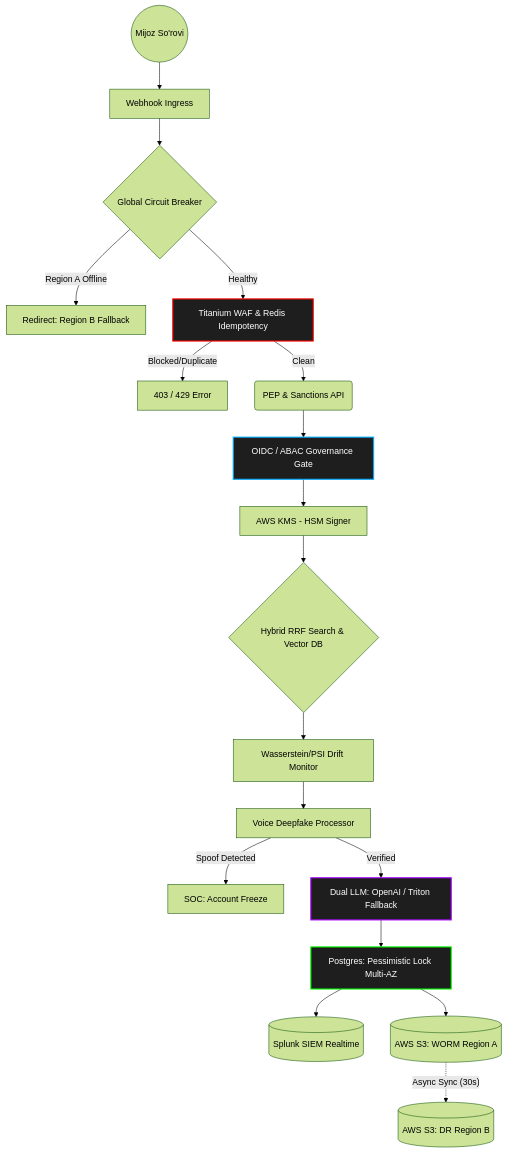
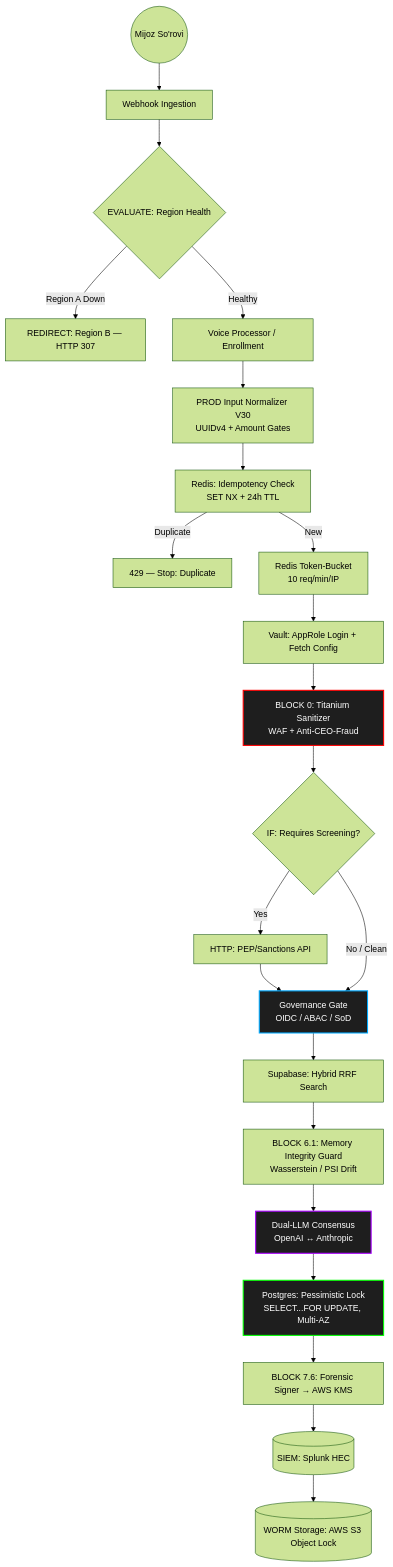
One commit to b12hub/REVENANT_V_30 changed the first of 2 diagrams in README.md. Above: the diagram before and after it, drawn with Mermaid (forest theme). The commit also changed other lines of this file, not shown here.

````diff
--- a/README.md
+++ b/README.md
@@ -69,33 +73,29 @@
 ```mermaid
 graph TD
-    %% Ingress & Firewall
-    Client((Mijoz So'rovi)) --> Ingress[Webhook Ingress]
-    Ingress --> CB{Global Circuit Breaker}
-    CB -- "Region A Offline" --> RegB[Redirect: Region B Fallback]
-    CB -- "Healthy" --> WAF[Titanium WAF & Redis Idempotency]
-    
-    %% Security & Governance
-    WAF -- "Blocked/Duplicate" --> Drop[403 / 429 Error]
-    WAF -- "Clean" --> Sanctions(PEP & Sanctions API)
-    Sanctions --> IAM[OIDC / ABAC Governance Gate]
-    IAM --> KMS[AWS KMS - HSM Signer]
+    Client((Mijoz So'rovi)) --> Ingress[Webhook Ingestion]
+    Ingress --> CB{EVALUATE: Region Health}
+    CB -- "Region A Down" --> RegB[REDIRECT: Region B — HTTP 307]
+    CB -- "Healthy" --> VoiceGate[Voice Processor / Enrollment]
+    VoiceGate --> Norm[PROD Input Normalizer V30\nUUIDv4 + Amount Gates]
+    Norm --> RIdem[Redis: Idempotency Check\nSET NX + 24h TTL]
+    RIdem -- "Duplicate" --> Drop[429 — Stop: Duplicate]
+    RIdem -- "New" --> RateLimit[Redis Token-Bucket\n10 req/min/IP]
+    RateLimit --> Vault[Vault: AppRole Login + Fetch Config]
+    Vault --> Sanitizer[BLOCK 0: Titanium Sanitizer\nWAF + Anti-CEO-Fraud]
+    Sanitizer --> AML{IF: Requires Screening?}
+    AML -- "Yes" --> PEP[HTTP: PEP/Sanctions API]
+    PEP --> Gov[Governance Gate\nOIDC / ABAC / SoD]
+    AML -- "No / Clean" --> Gov
+    Gov --> RAG[Supabase: Hybrid RRF Search]
+    RAG --> Drift[BLOCK 6.1: Memory Integrity Guard\nWasserstein / PSI Drift]
+    Drift --> AI[Dual-LLM Consensus\nOpenAI ↔ Anthropic]
+    AI --> Lock[Postgres: Pessimistic Lock\nSELECT...FOR UPDATE, Multi-AZ]
+    Lock --> Sign[BLOCK 7.6: Forensic Signer → AWS KMS]
+    Sign --> Splunk[(SIEM: Splunk HEC)]
+    Splunk --> S3[(WORM Storage: AWS S3 Object Lock)]
 
-    %% AI & Core Logic
-    KMS --> RAG{Hybrid RRF Search & Vector DB}
-    RAG --> Drift[Wasserstein/PSI Drift Monitor]
-    Drift --> Deepfake[Voice Deepfake Processor]
-    Deepfake -- "Spoof Detected" --> Freeze[SOC: Account Freeze]
-    Deepfake -- "Verified" --> AI[Dual LLM: OpenAI / Triton Fallback]
-    
-    %% Multi-AZ Database & WORM
-    AI --> Lock[Postgres: Pessimistic Lock Multi-AZ]
-    Lock --> Splunk[(Splunk SIEM Realtime)]
-    Lock --> S3_A[(AWS S3: WORM Region A)]
-    S3_A -. "Async Sync (30s)" .-> S3_B[(AWS S3: DR Region B)]
-
-    style WAF fill:#1e1e1e,stroke:#ff0000,stroke-width:2px,color:#fff
-    style IAM fill:#1e1e1e,stroke:#00aaff,stroke-width:2px,color:#fff
+    style Sanitizer fill:#1e1e1e,stroke:#ff0000,stroke-width:2px,color:#fff
+    style Gov fill:#1e1e1e,stroke:#00aaff,stroke-width:2px,color:#fff
     style AI fill:#1e1e1e,stroke:#aa00ff,stroke-width:2px,color:#fff
     style Lock fill:#1e1e1e,stroke:#00ff00,stroke-width:2px,color:#fff
-
 ```
````
